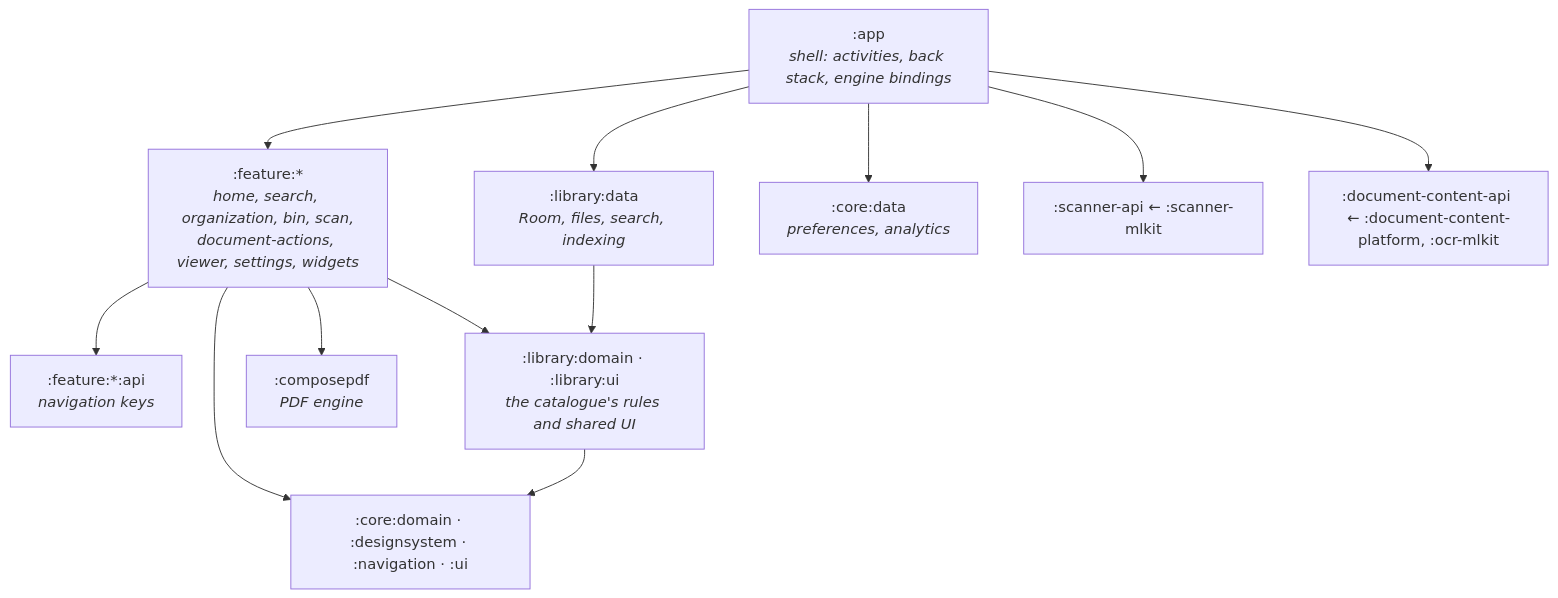
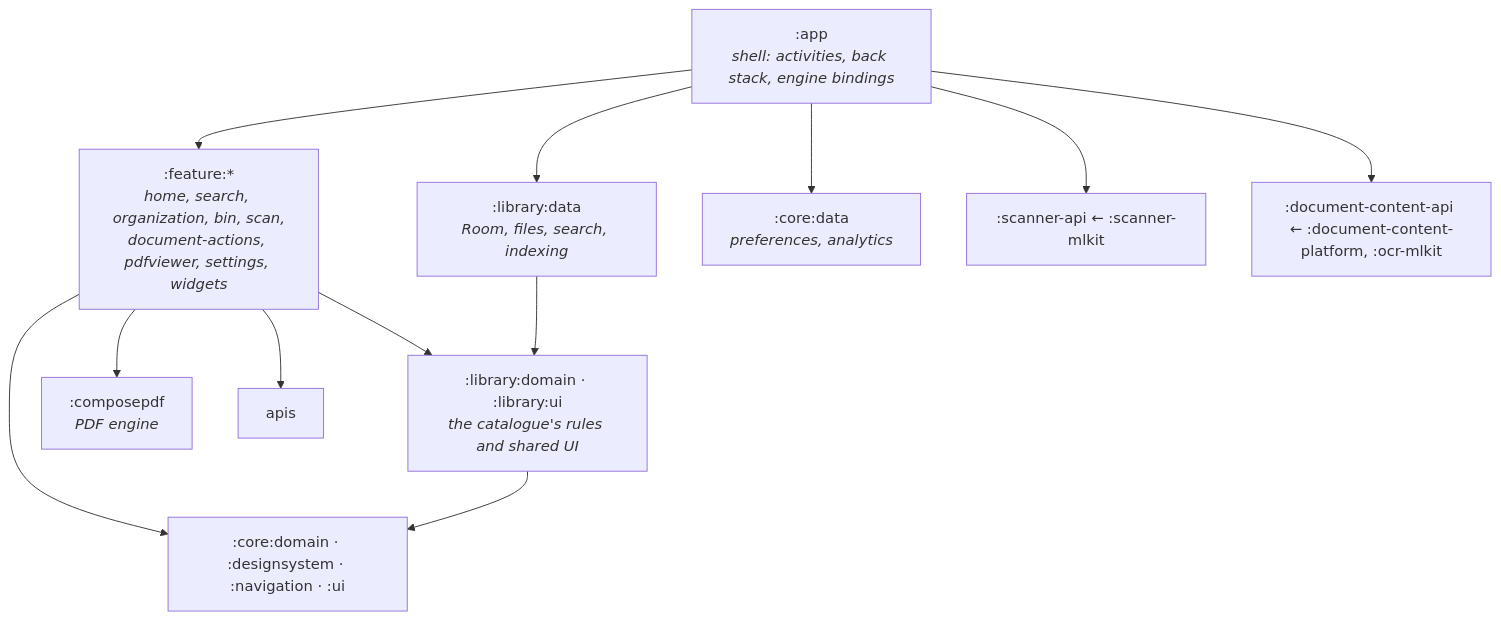
The diagram in README.md (BobbyESP/Docucraft), drawn with Mermaid before and after one commit. The commit also changed other lines of this file and 9 other files, not shown here.

````diff
--- a/README.md
+++ b/README.md
@@ -161,25 +161,24 @@
 ```mermaid
 graph TD
     app[":app<br/><i>shell: activities, back stack, engine bindings</i>"]
-    features[":feature:*<br/><i>home, search, organization, bin, scan,<br/>document-actions, viewer, settings, widgets</i>"]
-    apis[":feature:*:api<br/><i>navigation keys</i>"]
+    features[":feature:*<br/><i>home, search, organization, bin, scan,<br/>document-actions, pdfviewer, settings, widgets</i>"]
     library[":library:domain · :library:ui<br/><i>the catalogue's rules and shared UI</i>"]
     libraryData[":library:data<br/><i>Room, files, search, indexing</i>"]
     core[":core:domain · :designsystem · :navigation · :ui"]
     coreData[":core:data<br/><i>preferences, analytics</i>"]
     composepdf[":composepdf<br/><i>PDF engine</i>"]
     scanner[":scanner-api ← :scanner-mlkit"]
     content[":document-content-api ← :document-content-platform, :ocr-mlkit"]
 
     app --> features
     app --> libraryData
     app --> coreData
     app --> scanner
     app --> content
     features --> apis
     features --> library
     features --> core
     features --> composepdf
     libraryData --> library
     library --> core
 ```
````
